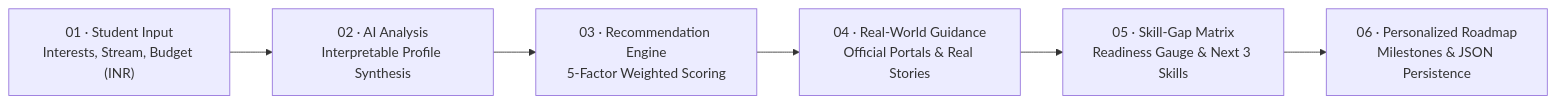
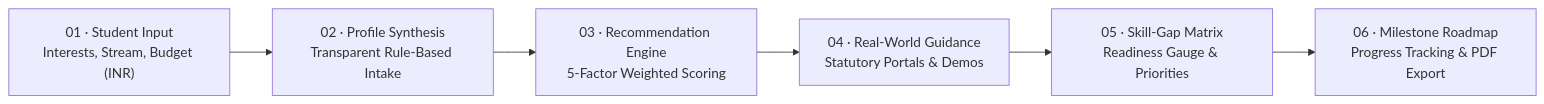
Before and after one commit to prabhu120607-ops/pathsetu: the diagram in README.md, drawn with Mermaid. The commit also changed other lines of this file and 45 other files, not shown here.

````diff
--- a/README.md
+++ b/README.md
@@ -50,8 +58,8 @@
 ```mermaid
 graph LR
-    S1["01 · Student Input<br/>Interests, Stream, Budget (INR)"] --> S2["02 · AI Analysis<br/>Interpretable Profile Synthesis"]
+    S1["01 · Student Input<br/>Interests, Stream, Budget (INR)"] --> S2["02 · Profile Synthesis<br/>Transparent Rule-Based Intake"]
     S2 --> S3["03 · Recommendation Engine<br/>5-Factor Weighted Scoring"]
-    S3 --> S4["04 · Real-World Guidance<br/>Official Portals & Real Stories"]
-    S4 --> S5["05 · Skill-Gap Matrix<br/>Readiness Gauge & Next 3 Skills"]
-    S5 --> S6["06 · Personalized Roadmap<br/>Milestones & JSON Persistence"]
+    S3 --> S4["04 · Real-World Guidance<br/>Statutory Portals & Demos"]
+    S4 --> S5["05 · Skill-Gap Matrix<br/>Readiness Gauge & Priorities"]
+    S5 --> S6["06 · Milestone Roadmap<br/>Progress Tracking & PDF Export"]
 ```
````
